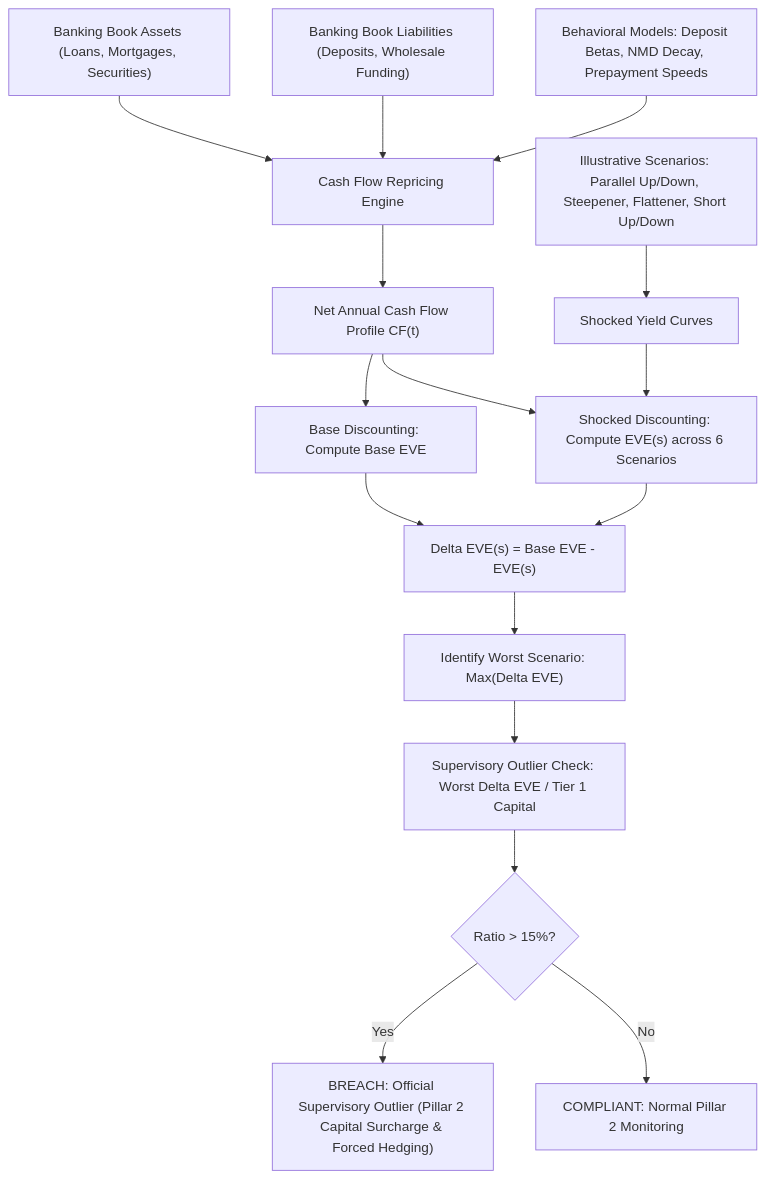
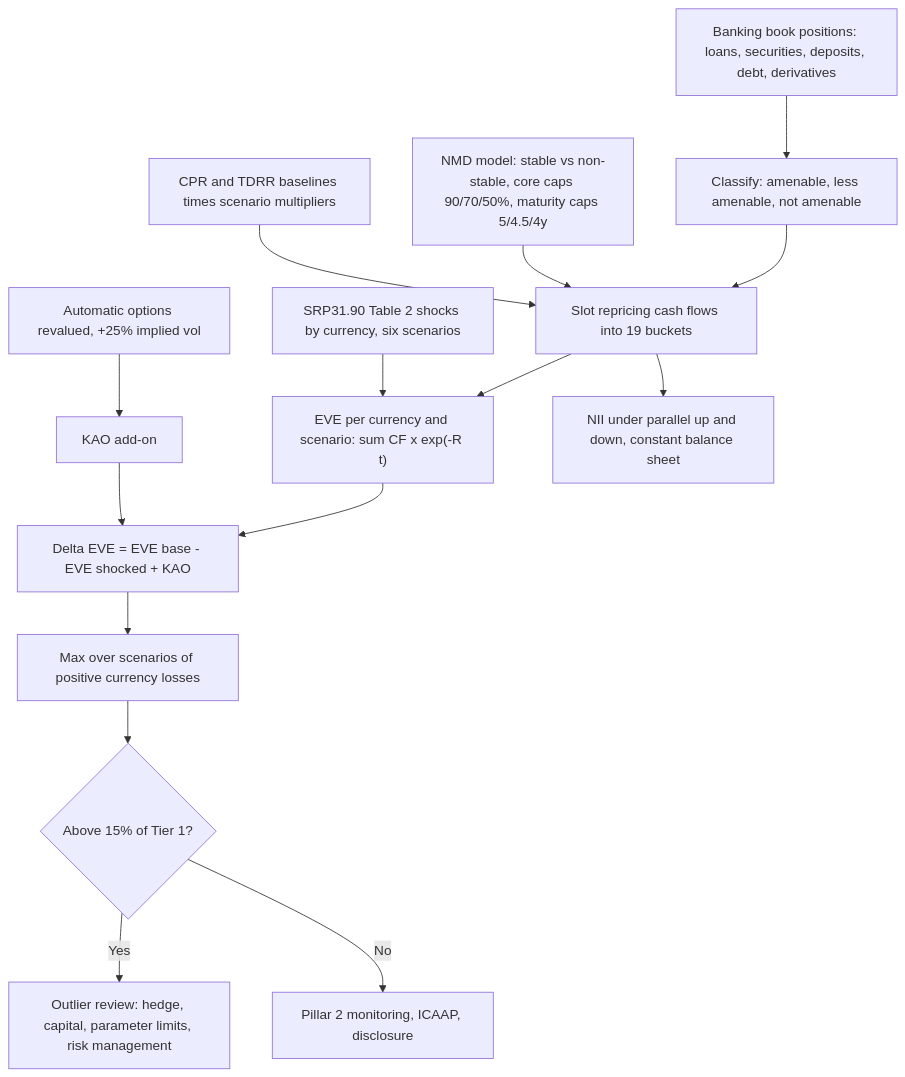
One commit to shreejitverma/The-Quant-Prep changed the diagram in 17-Regulatory-Capital-Basel-and-FRTB/16-Interest-Rate-Risk-in-the-Banking-Book-IRRBB.md. Above: the diagram before and after it, drawn with Mermaid. The commit also changed other lines of this file and 8 other files, not shown here.

````diff
--- a/17-Regulatory-Capital-Basel-and-FRTB/16-Interest-Rate-Risk-in-the-Banking-Book-IRRBB.md
+++ b/17-Regulatory-Capital-Basel-and-FRTB/16-Interest-Rate-Risk-in-the-Banking-Book-IRRBB.md
@@ -158,21 +118,17 @@
 ```mermaid
 flowchart TD
-    A["Banking Book Assets (Loans, Mortgages, Securities)"] --> B["Cash Flow Repricing Engine"]
-    C["Banking Book Liabilities (Deposits, Wholesale Funding)"] --> B
-    
-    D["Behavioral Models: Deposit Betas, NMD Decay, Prepayment Speeds"] --> B
-    
-    B --> E["Net Annual Cash Flow Profile CF(t)"]
-    E --> F["Base Discounting: Compute Base EVE"]
-    
-    G["Illustrative Scenarios: Parallel Up/Down, Steepener, Flattener, Short Up/Down"] --> H["Shocked Yield Curves"]
-    E & H --> I["Shocked Discounting: Compute EVE(s) across 6 Scenarios"]
-    
-    F & I --> J["Delta EVE(s) = Base EVE - EVE(s)"]
-    J --> K["Identify Worst Scenario: Max(Delta EVE)"]
-    
-    K --> L["Supervisory Outlier Check: Worst Delta EVE / Tier 1 Capital"]
-    L --> M{"Ratio > 15%?"}
-    M -- "Yes" --> N["BREACH: Official Supervisory Outlier (Pillar 2 Capital Surcharge & Forced Hedging)"]
-    M -- "No" --> O["COMPLIANT: Normal Pillar 2 Monitoring"]
+    POS["Banking book positions: loans, securities, deposits, debt, derivatives"] --> CLS["Classify: amenable, less amenable, not amenable"]
+    CLS --> SL["Slot repricing cash flows into 19 buckets"]
+    NMD["NMD model: stable vs non-stable, core caps 90/70/50%, maturity caps 5/4.5/4y"] --> SL
+    BEH["CPR and TDRR baselines times scenario multipliers"] --> SL
+    SL --> EVE["EVE per currency and scenario: sum CF x exp(-R t)"]
+    SH["SRP31.90 Table 2 shocks by currency, six scenarios"] --> EVE
+    OPT["Automatic options revalued, +25% implied vol"] --> KAO["KAO add-on"]
+    EVE --> D["Delta EVE = EVE base - EVE shocked + KAO"]
+    KAO --> D
+    D --> AGG["Max over scenarios of positive currency losses"]
+    AGG --> OUT{"Above 15% of Tier 1?"}
+    OUT -- "Yes" --> ACT["Outlier review: hedge, capital, parameter limits, risk management"]
+    OUT -- "No" --> MON["Pillar 2 monitoring, ICAAP, disclosure"]
+    SL --> NII["NII under parallel up and down, constant balance sheet"]
 ```
````
